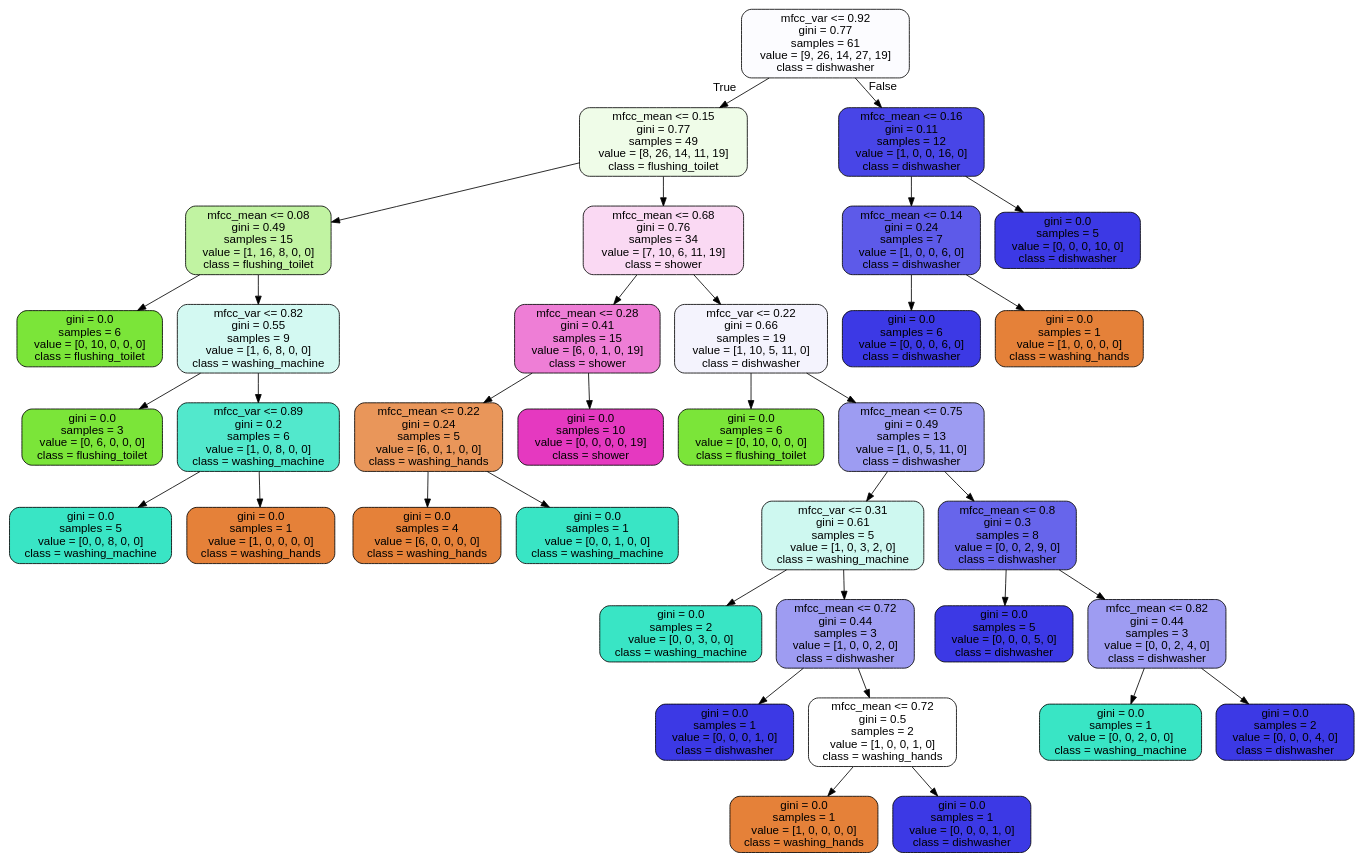
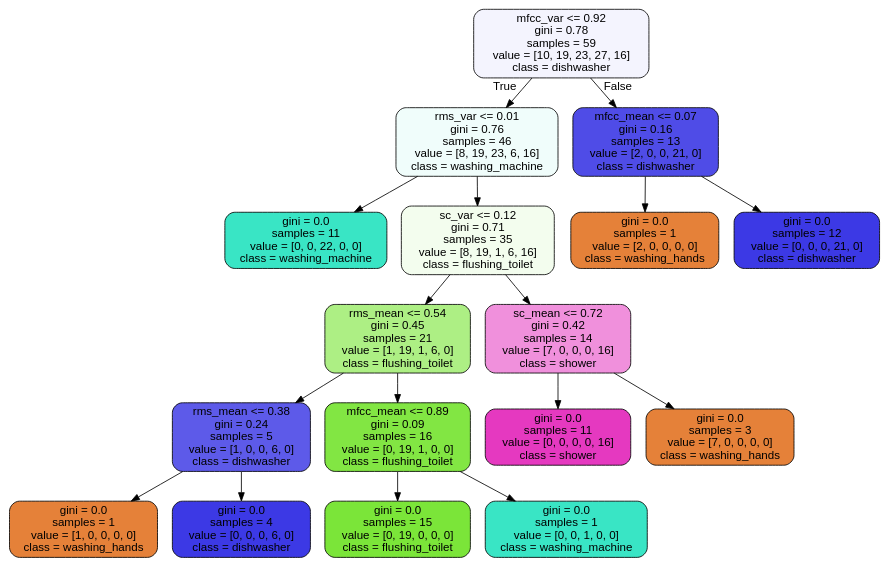
The diagram in files/tree.dot (fritzschack/thesis), drawn with Graphviz before and after one commit. The commit also changed 3 other files, not shown here.

```diff
--- a/files/tree.dot
+++ b/files/tree.dot
@@ -1,73 +1,37 @@
 digraph Tree {
 node [shape=box, style="filled, rounded", color="black", fontname="helvetica"] ;
 edge [fontname="helvetica"] ;
-0 [label="mfcc_var <= 0.92\ngini = 0.77\nsamples = 61\nvalue = [9, 26, 14, 27, 19]\nclass = dishwasher", fillcolor="#fcfcff"] ;
-1 [label="mfcc_mean <= 0.15\ngini = 0.77\nsamples = 49\nvalue = [8, 26, 14, 11, 19]\nclass = flushing_toilet", fillcolor="#effce8"] ;
+0 [label="mfcc_var <= 0.92\ngini = 0.78\nsamples = 59\nvalue = [10, 19, 23, 27, 16]\nclass = dishwasher", fillcolor="#f4f4fe"] ;
+1 [label="rms_var <= 0.01\ngini = 0.76\nsamples = 46\nvalue = [8, 19, 23, 6, 16]\nclass = washing_machine", fillcolor="#f0fdfb"] ;
 0 -> 1 [labeldistance=2.5, labelangle=45, headlabel="True"] ;
-2 [label="mfcc_mean <= 0.08\ngini = 0.49\nsamples = 15\nvalue = [1, 16, 8, 0, 0]\nclass = flushing_toilet", fillcolor="#c1f3a2"] ;
+2 [label="gini = 0.0\nsamples = 11\nvalue = [0, 0, 22, 0, 0]\nclass = washing_machine", fillcolor="#39e5c5"] ;
 1 -> 2 ;
-3 [label="gini = 0.0\nsamples = 6\nvalue = [0, 10, 0, 0, 0]\nclass = flushing_toilet", fillcolor="#7be539"] ;
-2 -> 3 ;
-4 [label="mfcc_var <= 0.82\ngini = 0.55\nsamples = 9\nvalue = [1, 6, 8, 0, 0]\nclass = washing_machine", fillcolor="#d3f9f2"] ;
-2 -> 4 ;
-5 [label="gini = 0.0\nsamples = 3\nvalue = [0, 6, 0, 0, 0]\nclass = flushing_toilet", fillcolor="#7be539"] ;
+3 [label="sc_var <= 0.12\ngini = 0.71\nsamples = 35\nvalue = [8, 19, 1, 6, 16]\nclass = flushing_toilet", fillcolor="#f3fdee"] ;
+1 -> 3 ;
+4 [label="rms_mean <= 0.54\ngini = 0.45\nsamples = 21\nvalue = [1, 19, 1, 6, 0]\nclass = flushing_toilet", fillcolor="#adef84"] ;
+3 -> 4 ;
+5 [label="rms_mean <= 0.38\ngini = 0.24\nsamples = 5\nvalue = [1, 0, 0, 6, 0]\nclass = dishwasher", fillcolor="#5d5ae9"] ;
 4 -> 5 ;
-6 [label="mfcc_var <= 0.89\ngini = 0.2\nsamples = 6\nvalue = [1, 0, 8, 0, 0]\nclass = washing_machine", fillcolor="#52e8cc"] ;
-4 -> 6 ;
-7 [label="gini = 0.0\nsamples = 5\nvalue = [0, 0, 8, 0, 0]\nclass = washing_machine", fillcolor="#39e5c5"] ;
-6 -> 7 ;
-8 [label="gini = 0.0\nsamples = 1\nvalue = [1, 0, 0, 0, 0]\nclass = washing_hands", fillcolor="#e58139"] ;
-6 -> 8 ;
-9 [label="mfcc_mean <= 0.68\ngini = 0.76\nsamples = 34\nvalue = [7, 10, 6, 11, 19]\nclass = shower", fillcolor="#fad9f3"] ;
-1 -> 9 ;
-10 [label="mfcc_mean <= 0.28\ngini = 0.41\nsamples = 15\nvalue = [6, 0, 1, 0, 19]\nclass = shower", fillcolor="#ee7ed6"] ;
-9 -> 10 ;
-11 [label="mfcc_mean <= 0.22\ngini = 0.24\nsamples = 5\nvalue = [6, 0, 1, 0, 0]\nclass = washing_hands", fillcolor="#e9965a"] ;
-10 -> 11 ;
-12 [label="gini = 0.0\nsamples = 4\nvalue = [6, 0, 0, 0, 0]\nclass = washing_hands", fillcolor="#e58139"] ;
+6 [label="gini = 0.0\nsamples = 1\nvalue = [1, 0, 0, 0, 0]\nclass = washing_hands", fillcolor="#e58139"] ;
+5 -> 6 ;
+7 [label="gini = 0.0\nsamples = 4\nvalue = [0, 0, 0, 6, 0]\nclass = dishwasher", fillcolor="#3c39e5"] ;
+5 -> 7 ;
+8 [label="mfcc_mean <= 0.89\ngini = 0.09\nsamples = 16\nvalue = [0, 19, 1, 0, 0]\nclass = flushing_toilet", fillcolor="#82e643"] ;
+4 -> 8 ;
+9 [label="gini = 0.0\nsamples = 15\nvalue = [0, 19, 0, 0, 0]\nclass = flushing_toilet", fillcolor="#7be539"] ;
+8 -> 9 ;
+10 [label="gini = 0.0\nsamples = 1\nvalue = [0, 0, 1, 0, 0]\nclass = washing_machine", fillcolor="#39e5c5"] ;
+8 -> 10 ;
+11 [label="sc_mean <= 0.72\ngini = 0.42\nsamples = 14\nvalue = [7, 0, 0, 0, 16]\nclass = shower", fillcolor="#f090dc"] ;
+3 -> 11 ;
+12 [label="gini = 0.0\nsamples = 11\nvalue = [0, 0, 0, 0, 16]\nclass = shower", fillcolor="#e539c0"] ;
 11 -> 12 ;
-13 [label="gini = 0.0\nsamples = 1\nvalue = [0, 0, 1, 0, 0]\nclass = washing_machine", fillcolor="#39e5c5"] ;
+13 [label="gini = 0.0\nsamples = 3\nvalue = [7, 0, 0, 0, 0]\nclass = washing_hands", fillcolor="#e58139"] ;
 11 -> 13 ;
-14 [label="gini = 0.0\nsamples = 10\nvalue = [0, 0, 0, 0, 19]\nclass = shower", fillcolor="#e539c0"] ;
-10 -> 14 ;
-15 [label="mfcc_var <= 0.22\ngini = 0.66\nsamples = 19\nvalue = [1, 10, 5, 11, 0]\nclass = dishwasher", fillcolor="#f4f3fd"] ;
-9 -> 15 ;
-16 [label="gini = 0.0\nsamples = 6\nvalue = [0, 10, 0, 0, 0]\nclass = flushing_toilet", fillcolor="#7be539"] ;
-15 -> 16 ;
-17 [label="mfcc_mean <= 0.75\ngini = 0.49\nsamples = 13\nvalue = [1, 0, 5, 11, 0]\nclass = dishwasher", fillcolor="#9d9cf2"] ;
-15 -> 17 ;
-18 [label="mfcc_var <= 0.31\ngini = 0.61\nsamples = 5\nvalue = [1, 0, 3, 2, 0]\nclass = washing_machine", fillcolor="#cef8f0"] ;
-17 -> 18 ;
-19 [label="gini = 0.0\nsamples = 2\nvalue = [0, 0, 3, 0, 0]\nclass = washing_machine", fillcolor="#39e5c5"] ;
-18 -> 19 ;
-20 [label="mfcc_mean <= 0.72\ngini = 0.44\nsamples = 3\nvalue = [1, 0, 0, 2, 0]\nclass = dishwasher", fillcolor="#9e9cf2"] ;
-18 -> 20 ;
-21 [label="gini = 0.0\nsamples = 1\nvalue = [0, 0, 0, 1, 0]\nclass = dishwasher", fillcolor="#3c39e5"] ;
-20 -> 21 ;
-22 [label="mfcc_mean <= 0.72\ngini = 0.5\nsamples = 2\nvalue = [1, 0, 0, 1, 0]\nclass = washing_hands", fillcolor="#ffffff"] ;
-20 -> 22 ;
-23 [label="gini = 0.0\nsamples = 1\nvalue = [1, 0, 0, 0, 0]\nclass = washing_hands", fillcolor="#e58139"] ;
-22 -> 23 ;
-24 [label="gini = 0.0\nsamples = 1\nvalue = [0, 0, 0, 1, 0]\nclass = dishwasher", fillcolor="#3c39e5"] ;
-22 -> 24 ;
-25 [label="mfcc_mean <= 0.8\ngini = 0.3\nsamples = 8\nvalue = [0, 0, 2, 9, 0]\nclass = dishwasher", fillcolor="#6765eb"] ;
-17 -> 25 ;
-26 [label="gini = 0.0\nsamples = 5\nvalue = [0, 0, 0, 5, 0]\nclass = dishwasher", fillcolor="#3c39e5"] ;
-25 -> 26 ;
-27 [label="mfcc_mean <= 0.82\ngini = 0.44\nsamples = 3\nvalue = [0, 0, 2, 4, 0]\nclass = dishwasher", fillcolor="#9e9cf2"] ;
-25 -> 27 ;
-28 [label="gini = 0.0\nsamples = 1\nvalue = [0, 0, 2, 0, 0]\nclass = washing_machine", fillcolor="#39e5c5"] ;
-27 -> 28 ;
-29 [label="gini = 0.0\nsamples = 2\nvalue = [0, 0, 0, 4, 0]\nclass = dishwasher", fillcolor="#3c39e5"] ;
-27 -> 29 ;
-30 [label="mfcc_mean <= 0.16\ngini = 0.11\nsamples = 12\nvalue = [1, 0, 0, 16, 0]\nclass = dishwasher", fillcolor="#4845e7"] ;
-0 -> 30 [labeldistance=2.5, labelangle=-45, headlabel="False"] ;
-31 [label="mfcc_mean <= 0.14\ngini = 0.24\nsamples = 7\nvalue = [1, 0, 0, 6, 0]\nclass = dishwasher", fillcolor="#5d5ae9"] ;
-30 -> 31 ;
-32 [label="gini = 0.0\nsamples = 6\nvalue = [0, 0, 0, 6, 0]\nclass = dishwasher", fillcolor="#3c39e5"] ;
-31 -> 32 ;
-33 [label="gini = 0.0\nsamples = 1\nvalue = [1, 0, 0, 0, 0]\nclass = washing_hands", fillcolor="#e58139"] ;
-31 -> 33 ;
-34 [label="gini = 0.0\nsamples = 5\nvalue = [0, 0, 0, 10, 0]\nclass = dishwasher", fillcolor="#3c39e5"] ;
-30 -> 34 ;
+14 [label="mfcc_mean <= 0.07\ngini = 0.16\nsamples = 13\nvalue = [2, 0, 0, 21, 0]\nclass = dishwasher", fillcolor="#4f4ce7"] ;
+0 -> 14 [labeldistance=2.5, labelangle=-45, headlabel="False"] ;
+15 [label="gini = 0.0\nsamples = 1\nvalue = [2, 0, 0, 0, 0]\nclass = washing_hands", fillcolor="#e58139"] ;
+14 -> 15 ;
+16 [label="gini = 0.0\nsamples = 12\nvalue = [0, 0, 0, 21, 0]\nclass = dishwasher", fillcolor="#3c39e5"] ;
+14 -> 16 ;
 }
```
